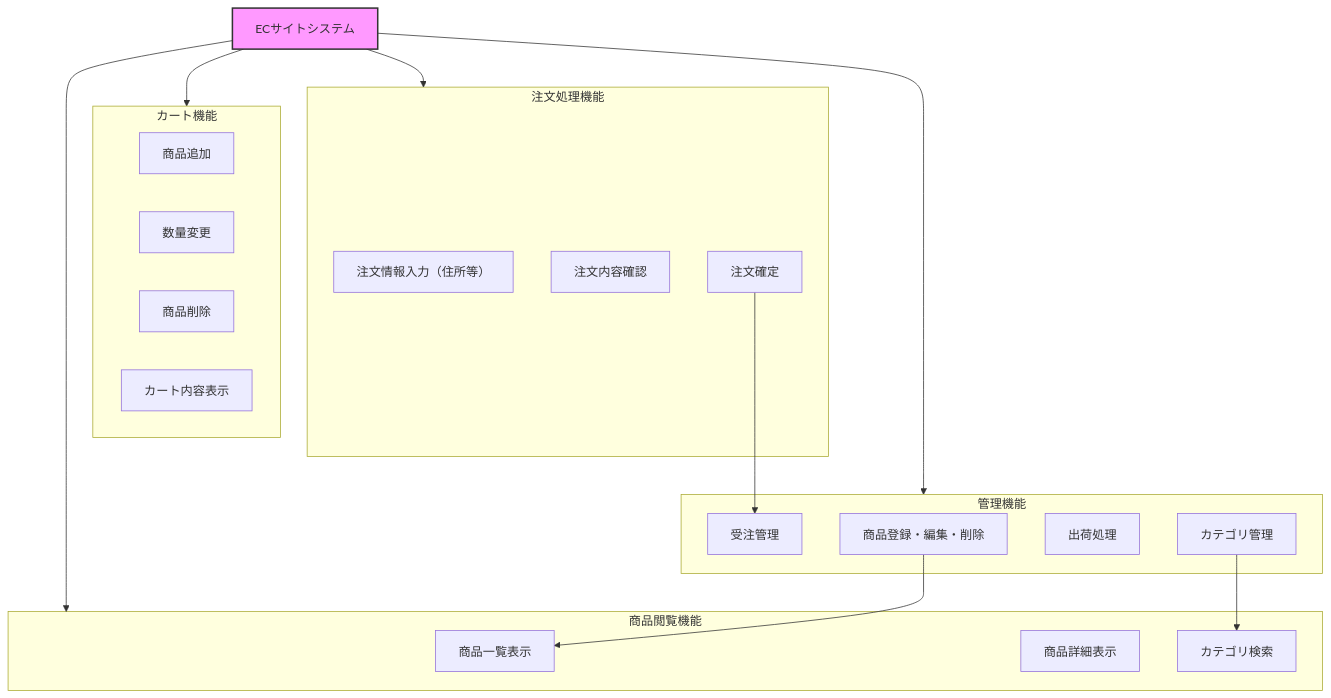
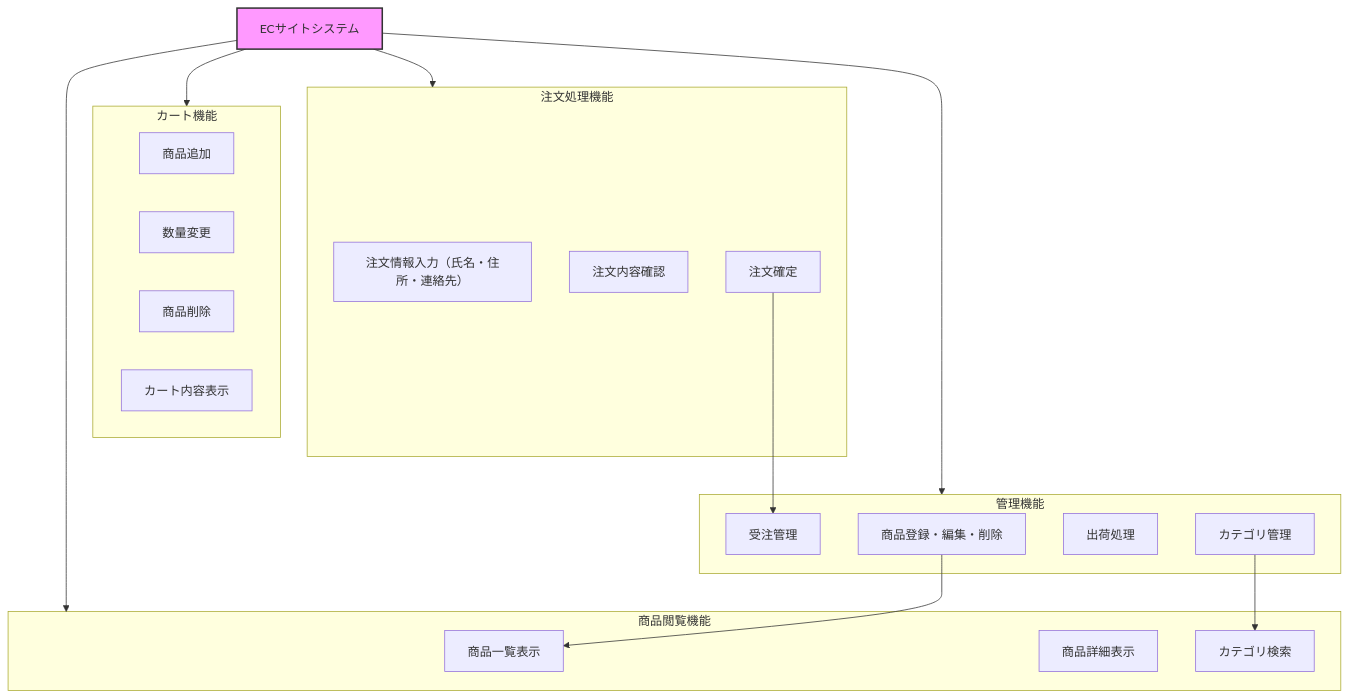
One commit to Rikumt12/Popcorn changed the first of 4 diagrams in 基本設計書/基本設計書.md. Above: the diagram before and after it, drawn with Mermaid. The commit also changed other lines of this file, not shown here.

````diff
--- a/基本設計書/基本設計書.md
+++ b/基本設計書/基本設計書.md
@@ -82,39 +71,39 @@
 ```mermaid
 graph TD
     A[ECサイトシステム] --> B(商品閲覧機能)
     A --> C(カート機能)
     A --> D(注文処理機能)
     A --> E(管理機能)
 
     subgraph B[商品閲覧機能]
         B1[商品一覧表示]
         B2[商品詳細表示]
         B3[カテゴリ検索]
     end
 
     subgraph C[カート機能]
         C1[商品追加]
         C2[数量変更]
         C3[商品削除]
         C4[カート内容表示]
     end
 
     subgraph D[注文処理機能]
-        D1[注文情報入力（住所等）]
+        D1[注文情報入力（氏名・住所・連絡先）]
         D2[注文内容確認]
         D3[注文確定]
     end
 
     subgraph E[管理機能]
         E1[商品登録・編集・削除]
         E2[受注管理]
         E3[出荷処理]
         E4[カテゴリ管理]
     end
 
     E1 --> B1
     D3 --> E2
     E4 --> B3
 
     style A fill:#f9f,stroke:#333,stroke-width:2px
 ```
````
